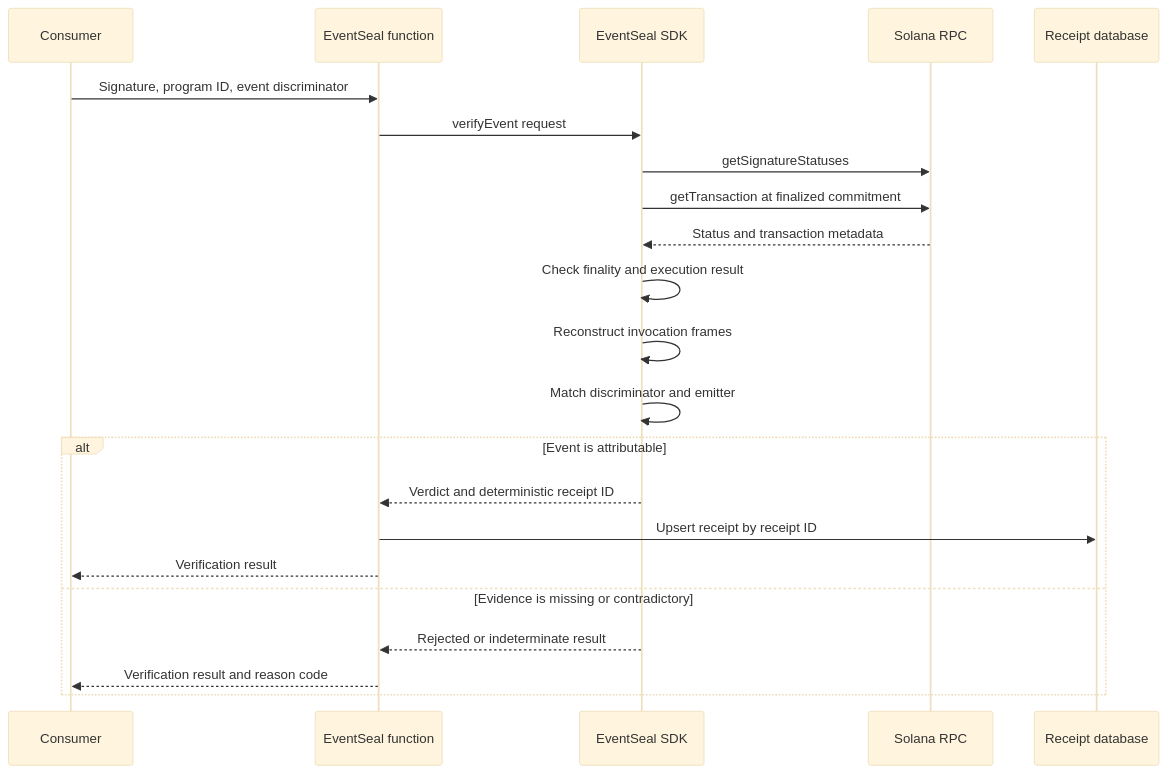
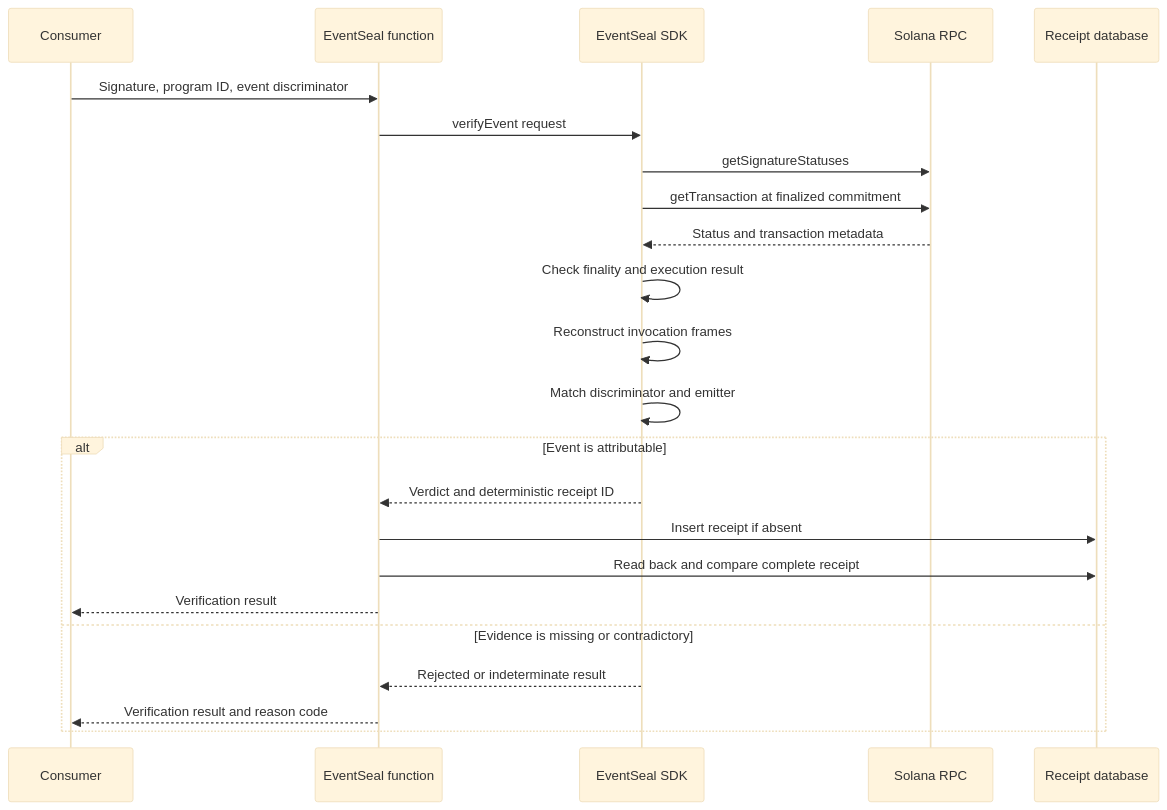
One commit to abhigyan1102/event-seal changed the second of 2 diagrams in docs/architecture.md. Above: the diagram before and after it, drawn with Mermaid (base theme). The commit also changed other lines of this file and 24 other files, not shown here.

````diff
--- a/docs/architecture.md
+++ b/docs/architecture.md
@@ -47,25 +47,26 @@
 ```mermaid
 sequenceDiagram
   participant Consumer
   participant Gateway as EventSeal function
   participant Verifier as EventSeal SDK
   participant RPC as Solana RPC
   participant Store as Receipt database
 
   Consumer->>Gateway: Signature, program ID, event discriminator
   Gateway->>Verifier: verifyEvent request
   Verifier->>RPC: getSignatureStatuses
   Verifier->>RPC: getTransaction at finalized commitment
   RPC-->>Verifier: Status and transaction metadata
   Verifier->>Verifier: Check finality and execution result
   Verifier->>Verifier: Reconstruct invocation frames
   Verifier->>Verifier: Match discriminator and emitter
   alt Event is attributable
     Verifier-->>Gateway: Verdict and deterministic receipt ID
-    Gateway->>Store: Upsert receipt by receipt ID
+    Gateway->>Store: Insert receipt if absent
+    Gateway->>Store: Read back and compare complete receipt
     Gateway-->>Consumer: Verification result
   else Evidence is missing or contradictory
     Verifier-->>Gateway: Rejected or indeterminate result
     Gateway-->>Consumer: Verification result and reason code
   end
 ```
````
